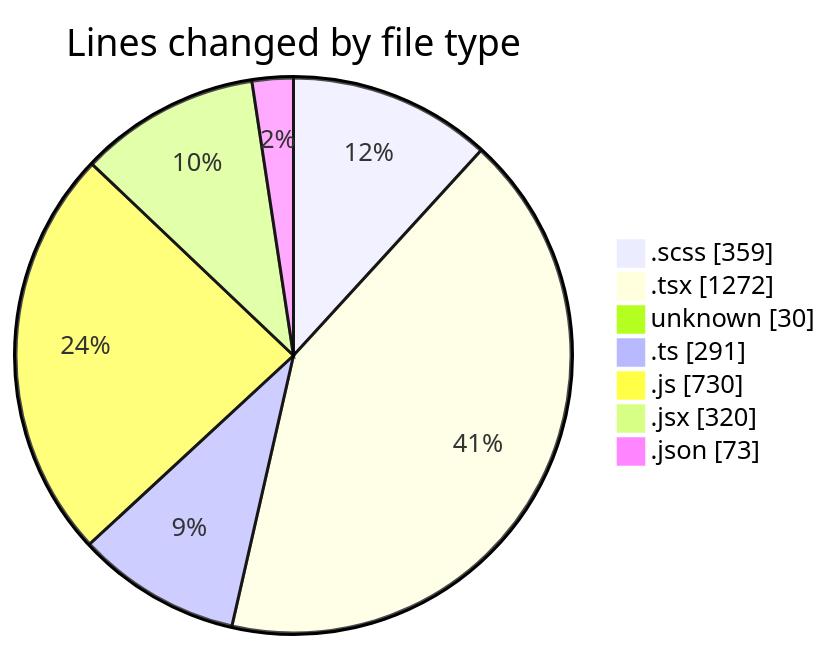
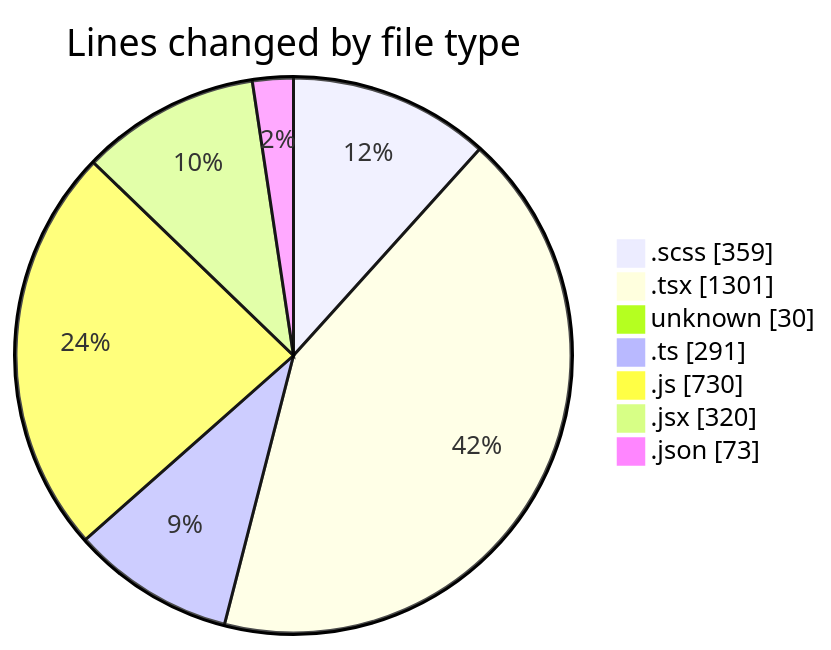
Before and after one commit to momahboobian/code-tracking: the first of 2 diagrams in 2025-03-05/cda/README.md, drawn with Mermaid. The commit also changed other lines of this file and 1 other file, not shown here.

````diff
--- a/2025-03-05/cda/README.md
+++ b/2025-03-05/cda/README.md
@@ -45,11 +45,11 @@
 ```mermaid
 pie showData
 title Lines changed by file type
 ".scss" : 359
-".tsx" : 1272
+".tsx" : 1301
 "unknown" : 30
 ".ts" : 291
 ".js" : 730
 ".jsx" : 320
 ".json" : 73
 ```
````
